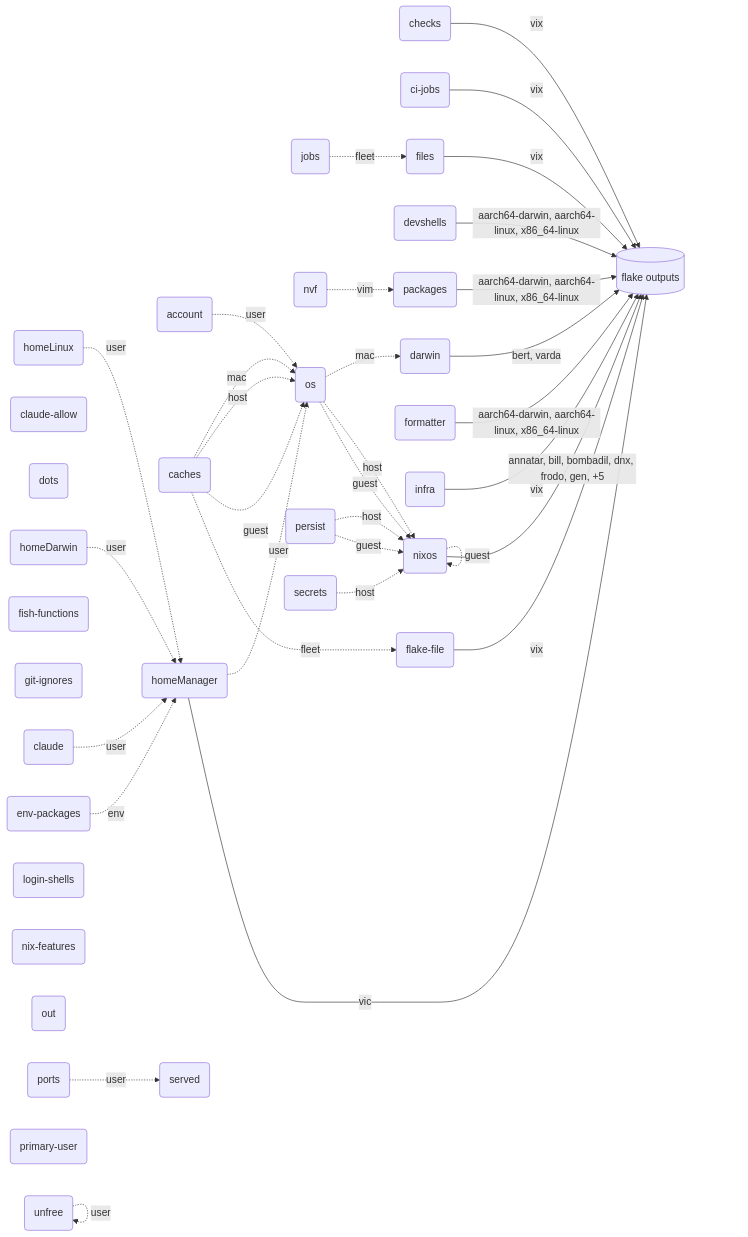
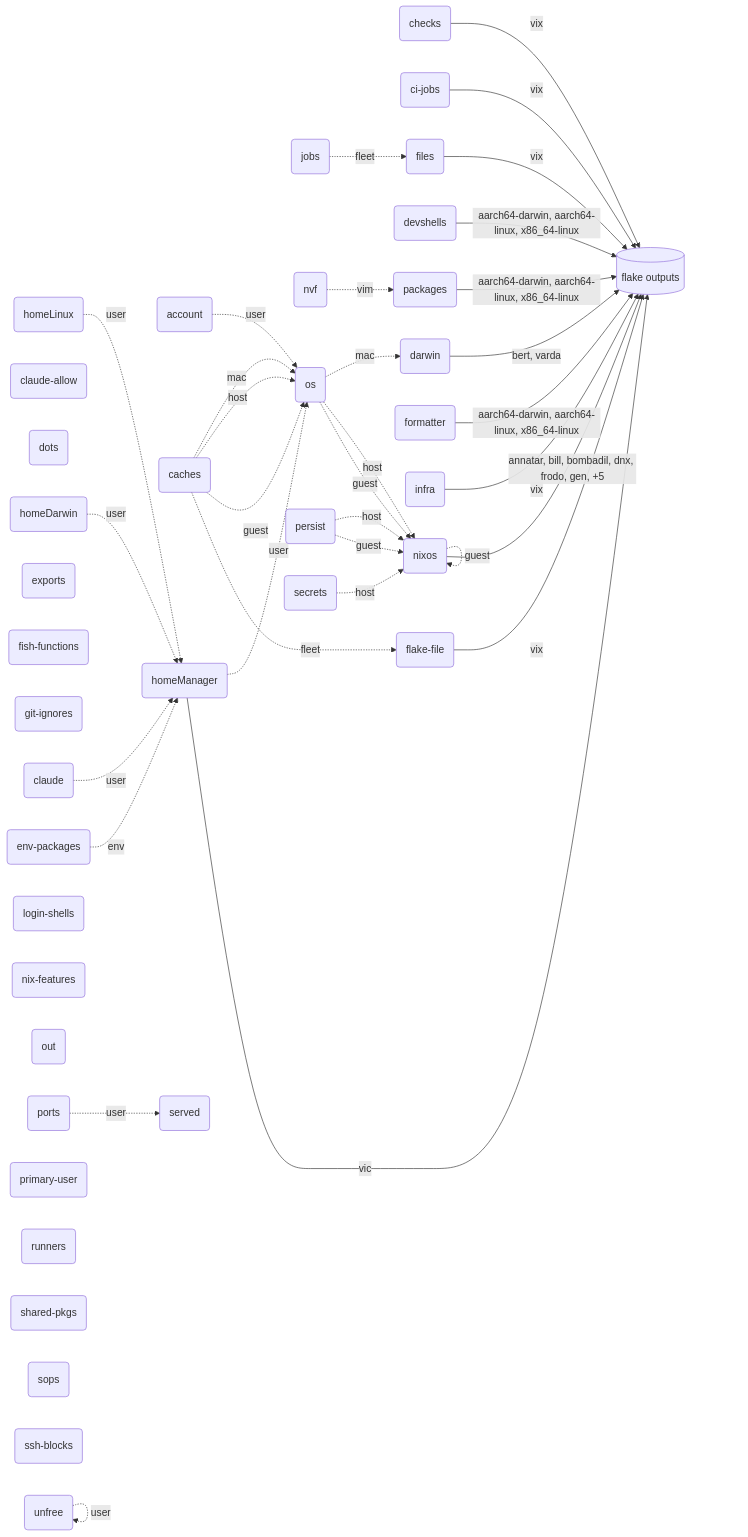
The third of 11 diagrams in README.md (vic/vix), drawn with Mermaid before and after one commit. The commit also changed other lines of this file and 72 other files, not shown here.

````diff
--- a/README.md
+++ b/README.md
@@ -218,69 +292,74 @@
 ```mermaid
 flowchart LR
   ncc24ba33bb("account")
   n136fe03a6b("caches")
   n427fbcd67e("checks")
   n485f073170("ci-jobs")
   ndf6c3caaba("claude")
   nb1c46c9de4("claude-allow")
   na4a7496f4e("darwin")
   n51a9bdc0dd("devshells")
   n13cb5a8d50("dots")
   nf4212291b1("env-packages")
+  n58d5fbe670("exports")
   n5d2b151b79("files")
   n9bd084e3fc("fish-functions")
   n632ce41da4("flake-file")
   nf20579bf97("formatter")
   n7743c6b24d("git-ignores")
   n6c02586eb3("homeDarwin")
   nb4d870f4dd("homeLinux")
   n105bdfb4bb("homeManager")
   nb1ac840462("infra")
   n92ad230904("jobs")
   ne192466e57("login-shells")
   n782e55e2e1("nix-features")
   na788f0f454("nixos")
   n1cfcecf848("nvf")
   na38fcc0344("os")
   nc03228363e("out")
   n81a4f97a16("packages")
   n9608c364fa("persist")
   n6c86c940a2("ports")
   n0cdc5d522d("primary-user")
+  n67492a2524("runners")
   n7bec19a8d7("secrets")
   n9a71542fa0("served")
+  nf5ef27f7a4("shared-pkgs")
+  nf647e575c9("sops")
+  ncdb3959253("ssh-blocks")
   n2306021a40("unfree")
   n4218c12206[("flake outputs")]
   nf4212291b1 -.->|"env"| n105bdfb4bb
   n105bdfb4bb -->|"vic"| n4218c12206
   n136fe03a6b -.->|"fleet"| n632ce41da4
   n427fbcd67e -->|"vix"| n4218c12206
   n485f073170 -->|"vix"| n4218c12206
   n5d2b151b79 -->|"vix"| n4218c12206
   n632ce41da4 -->|"vix"| n4218c12206
   nb1ac840462 -->|"vix"| n4218c12206
   n92ad230904 -.->|"fleet"| n5d2b151b79
   n136fe03a6b -.->|"guest"| na38fcc0344
   na788f0f454 -.->|"guest"| na788f0f454
   na38fcc0344 -.->|"guest"| na788f0f454
   n9608c364fa -.->|"guest"| na788f0f454
   n136fe03a6b -.->|"host"| na38fcc0344
   na788f0f454 -->|"annatar, bill, bombadil, dnx, frodo, gen, +5"| n4218c12206
   na38fcc0344 -.->|"host"| na788f0f454
   n9608c364fa -.->|"host"| na788f0f454
   n7bec19a8d7 -.->|"host"| na788f0f454
   n136fe03a6b -.->|"mac"| na38fcc0344
   na4a7496f4e -->|"bert, varda"| n4218c12206
   na38fcc0344 -.->|"mac"| na4a7496f4e
   n51a9bdc0dd -->|"aarch64-darwin, aarch64-linux, x86_64-linux"| n4218c12206
   nf20579bf97 -->|"aarch64-darwin, aarch64-linux, x86_64-linux"| n4218c12206
   n81a4f97a16 -->|"aarch64-darwin, aarch64-linux, x86_64-linux"| n4218c12206
   ncc24ba33bb -.->|"user"| na38fcc0344
   ndf6c3caaba -.->|"user"| n105bdfb4bb
   n6c02586eb3 -.->|"user"| n105bdfb4bb
   nb4d870f4dd -.->|"user"| n105bdfb4bb
   n105bdfb4bb -.->|"user"| na38fcc0344
   n6c86c940a2 -.->|"user"| n9a71542fa0
   n2306021a40 -.->|"user"| n2306021a40
   n1cfcecf848 -.->|"vim"| n81a4f97a16
 ```
````
